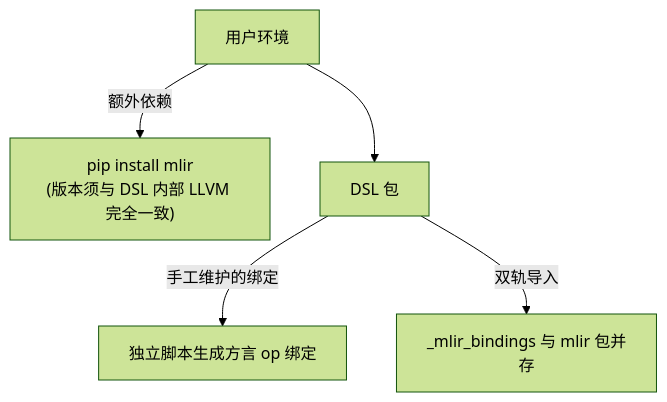
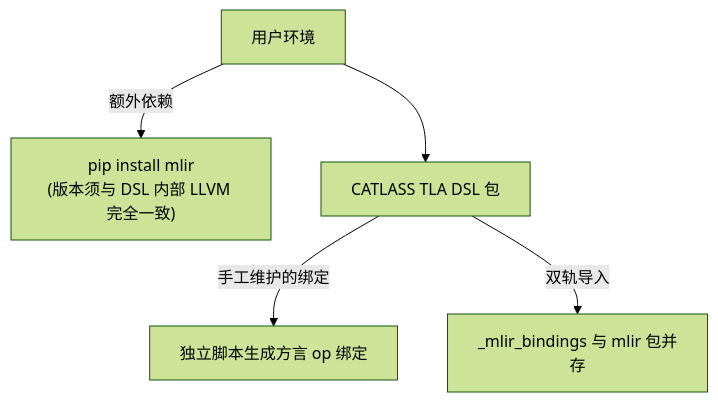
The first of 6 diagrams in source/_posts/tla-dsl-mlir-integration.md (yuantao313/yuantao313.github.io), drawn with Mermaid (forest theme) before and after one commit. The commit also changed other lines of this file, not shown here.

First line of the commit message:
docs: 明确 TLA 集成文章中的 DSL 为 CATLASS TLA DSL

````diff
--- a/source/_posts/tla-dsl-mlir-integration.md
+++ b/source/_posts/tla-dsl-mlir-integration.md
@@ -23,7 +23,7 @@
 ```mermaid
 flowchart TD
     U1["用户环境"] -->|"额外依赖"| P1["pip install mlir<br/>(版本须与 DSL 内部 LLVM 完全一致)"]
-    U1 --> P2["DSL 包"]
+    U1 --> P2["CATLASS TLA DSL 包"]
     P2 -->|"手工维护的绑定"| P3["独立脚本生成方言 op 绑定"]
     P2 -->|"双轨导入"| P4["_mlir_bindings 与 mlir 包并存"]
 ```
````
